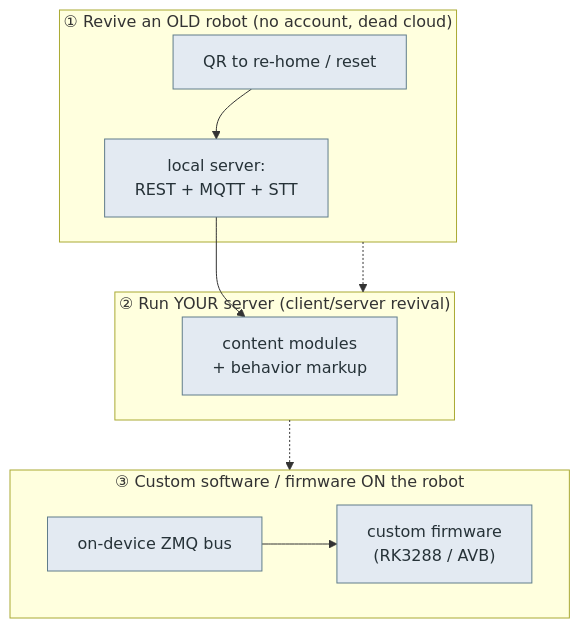
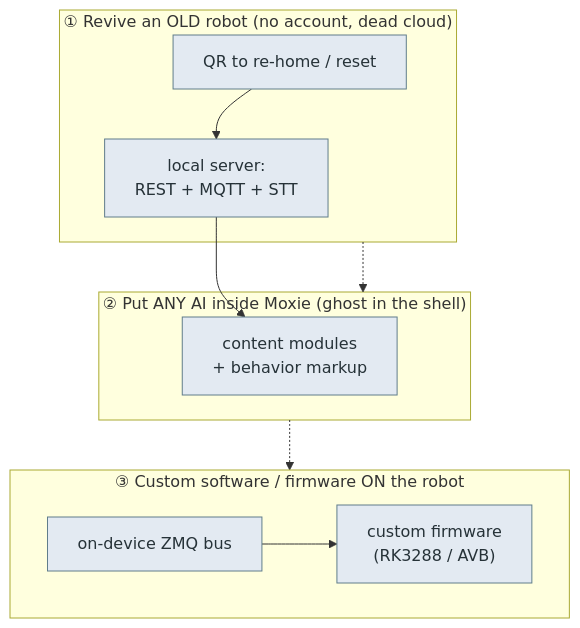
One commit to mvalancy/moxie-robot-saver changed the diagram in docs/reverse-engineering/FIELD-GUIDE.md. Above: the diagram before and after it, drawn with Mermaid. The commit also changed other lines of this file and 18 other files, not shown here.

First line of the commit message:
docs(RE): README-hierarchy for every subfolder + reframe goal 2 as brain transplant (ghost in the shell)

````diff
--- a/docs/reverse-engineering/FIELD-GUIDE.md
+++ b/docs/reverse-engineering/FIELD-GUIDE.md
@@ -6,15 +6,15 @@
 ```mermaid
 flowchart TB
   subgraph G1["① Revive an OLD robot (no account, dead cloud)"]
     qr["QR to re-home / reset"] --> srv
   end
-  subgraph G2["② Run YOUR server (client/server revival)"]
+  subgraph G2["② Put ANY AI inside Moxie (ghost in the shell)"]
     srv["local server:<br/>REST + MQTT + STT"] --> content["content modules<br/>+ behavior markup"]
   end
   subgraph G3["③ Custom software / firmware ON the robot"]
     bus["on-device ZMQ bus"] --> fw["custom firmware<br/>(RK3288 / AVB)"]
   end
   G1 -.-> G2 -.-> G3
   classDef d fill:#e3eaf2,stroke:#607d8b,color:#263238;
   class qr,srv,content,bus,fw d;
 ```
````
